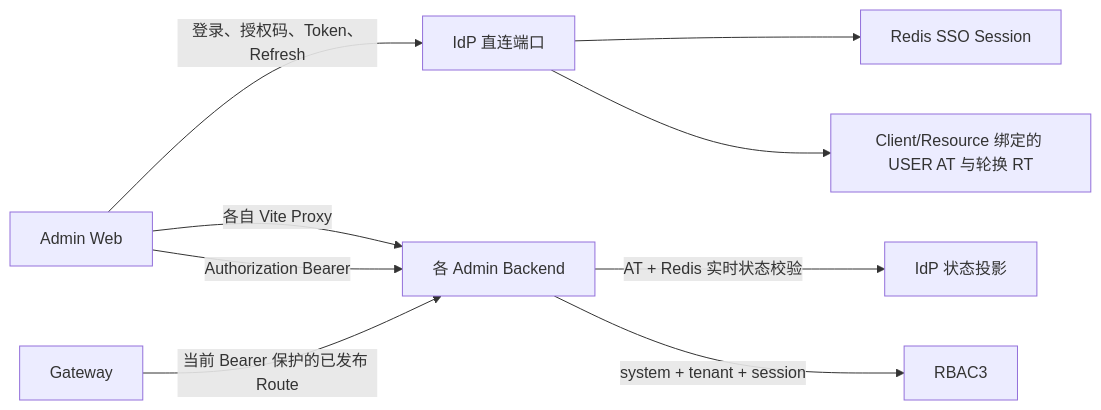
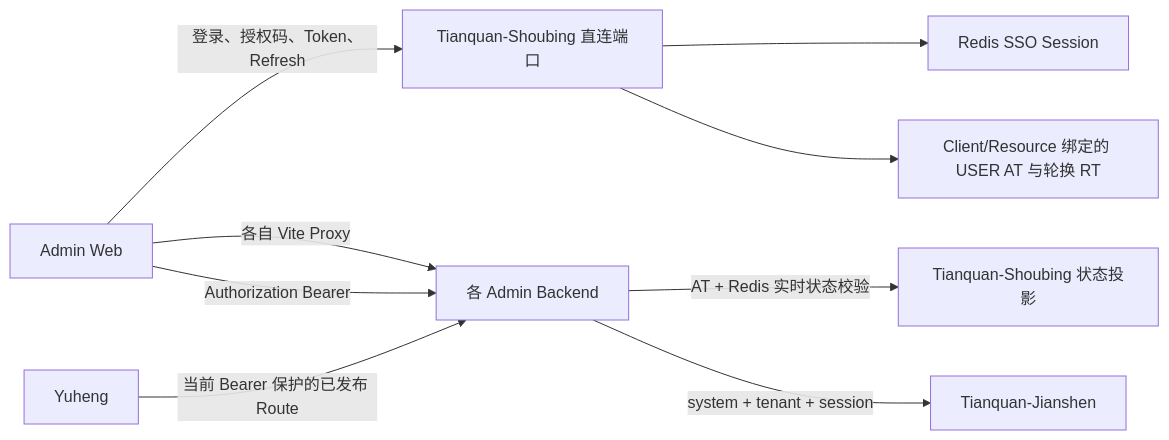
One commit to AllenDEricDAlexander/Egon-COLA changed the first of 6 diagrams in docs/superpowers/specs/2026-08-13-unified-identity-stateless-jwt-session-removal-design.md. Above: the diagram before and after it, drawn with Mermaid. The commit also changed other lines of this file and 233 other files, not shown here.

````diff
--- a/docs/superpowers/specs/2026-08-13-unified-identity-stateless-jwt-session-removal-design.md
+++ b/docs/superpowers/specs/2026-08-13-unified-identity-stateless-jwt-session-removal-design.md
@@ -269,11 +269,11 @@
 ```mermaid
 flowchart LR
-    U["Admin Web"] -->|"登录、授权码、Token、Refresh"| I["IdP 直连端口"]
+    U["Admin Web"] -->|"登录、授权码、Token、Refresh"| I["Tianquan-Shoubing 直连端口"]
     U -->|"各自 Vite Proxy"| B["各 Admin Backend"]
     I --> S["Redis SSO Session"]
     I --> T["Client/Resource 绑定的 USER AT 与轮换 RT"]
     U -->|"Authorization Bearer"| B
-    B -->|"AT + Redis 实时状态校验"| IS["IdP 状态投影"]
-    B -->|"system + tenant + session"| R["RBAC3"]
-    G["Gateway"] -->|"当前 Bearer 保护的已发布 Route"| B
+    B -->|"AT + Redis 实时状态校验"| IS["Tianquan-Shoubing 状态投影"]
+    B -->|"system + tenant + session"| R["Tianquan-Jianshen"]
+    G["Yuheng"] -->|"当前 Bearer 保护的已发布 Route"| B
 ```
````
